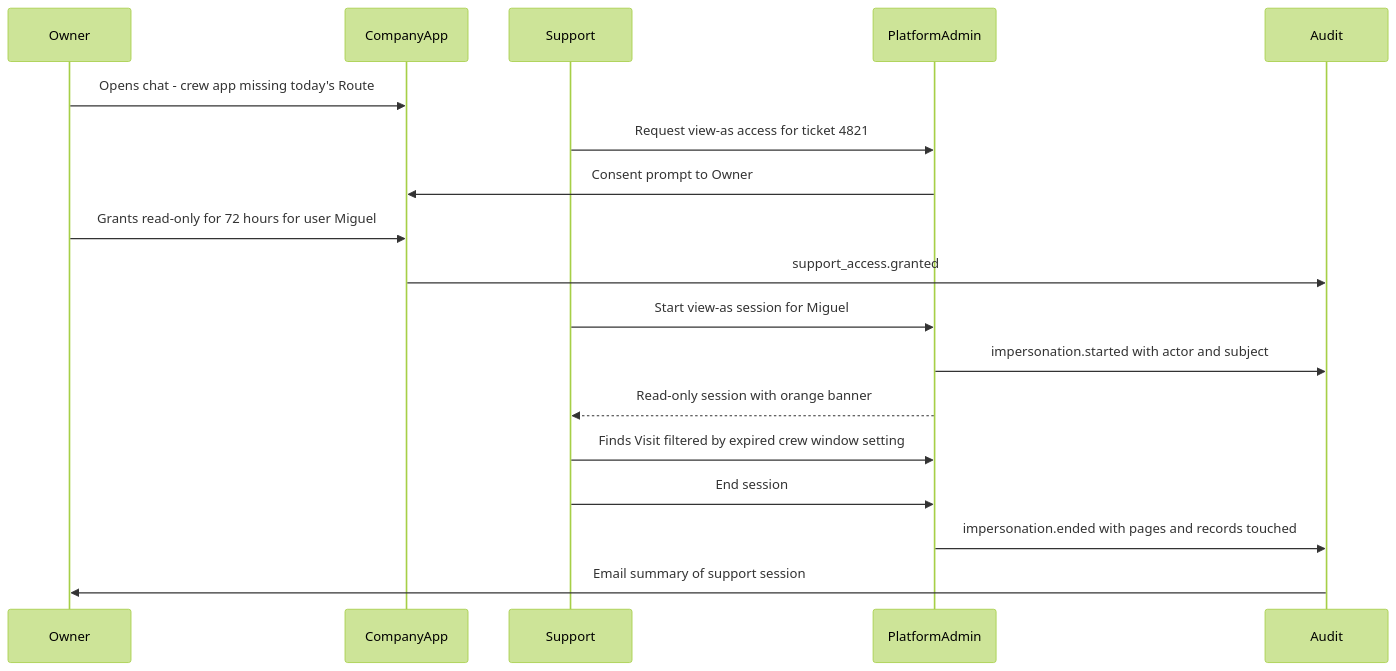
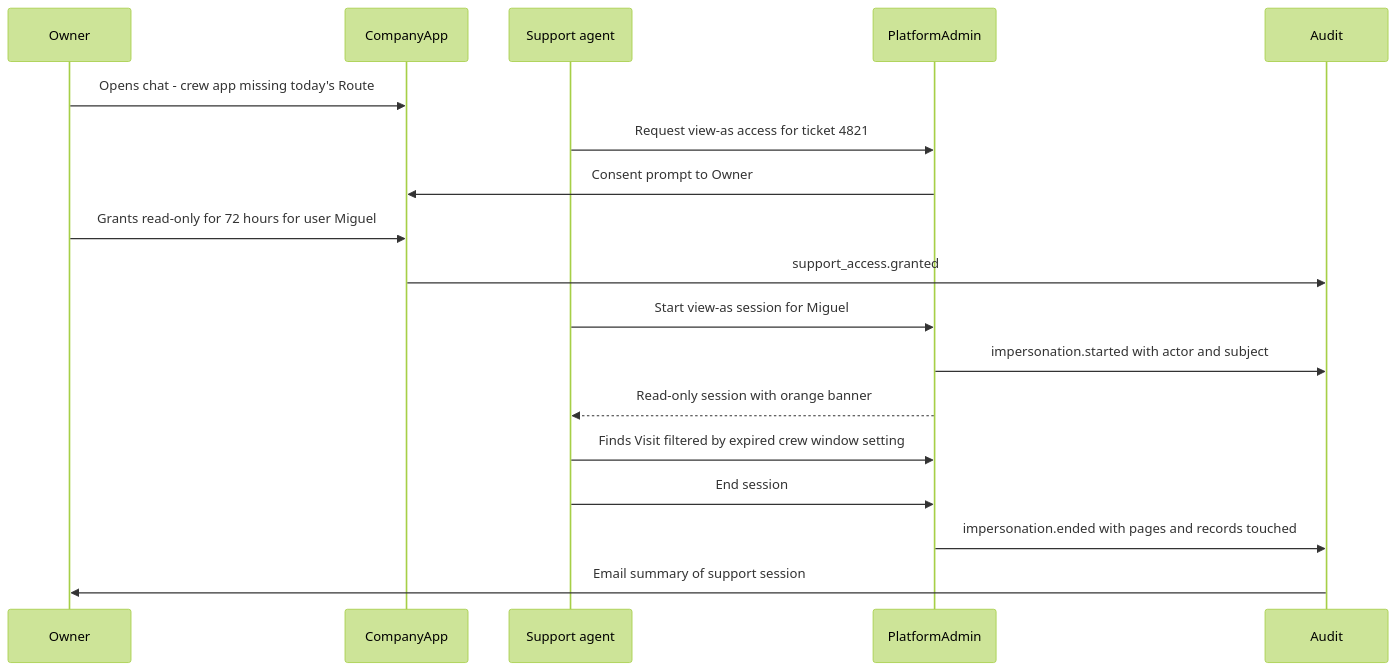
Diagram 17 of 21 in docs/02-personas-roles-permissions.md (jdinard/landscape), drawn with Mermaid (forest theme) before and after one commit. The commit also changed other lines of this file and 12 other files, not shown here.

````diff
--- a/docs/02-personas-roles-permissions.md
+++ b/docs/02-personas-roles-permissions.md
@@ -1436,20 +1453,20 @@
 ```mermaid
 sequenceDiagram
     participant Owner
     participant App as CompanyApp
-    participant Support
+    participant Support as Support agent
     participant Admin as PlatformAdmin
     participant Audit
     Owner->>App: Opens chat - crew app missing today's Route
     Support->>Admin: Request view-as access for ticket 4821
     Admin->>App: Consent prompt to Owner
     Owner->>App: Grants read-only for 72 hours for user Miguel
     App->>Audit: support_access.granted
     Support->>Admin: Start view-as session for Miguel
     Admin->>Audit: impersonation.started with actor and subject
     Admin-->>Support: Read-only session with orange banner
     Support->>Admin: Finds Visit filtered by expired crew window setting
     Support->>Admin: End session
     Admin->>Audit: impersonation.ended with pages and records touched
     Audit->>Owner: Email summary of support session
 ```
````
